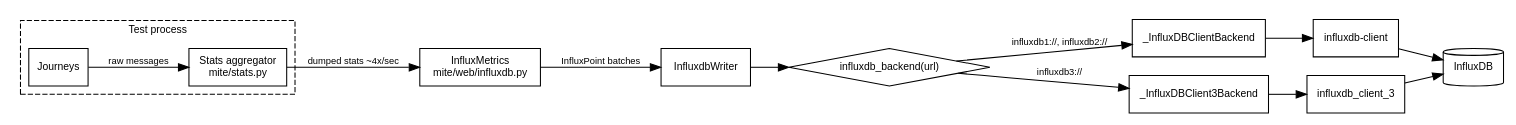
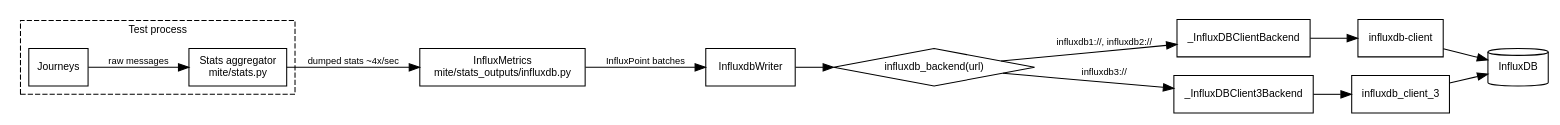
Before and after one commit to sky-uk/mite: the first of 2 diagrams in docs/influxdb.md, drawn with Graphviz. The commit also changed other lines of this file and 13 other files, not shown here.

First line of the commit message:
stats: move the stats outputs into mite.stats_outputs

````diff
--- a/docs/influxdb.md
+++ b/docs/influxdb.md
@@ -103,36 +103,36 @@
 ```{graphviz}
 digraph influxdb_architecture {
     rankdir=LR;
     node [shape=box, fontname="sans-serif", fontsize=10];
     edge [fontname="sans-serif", fontsize=9];
 
     subgraph cluster_test {
         label="Test process";
         fontname="sans-serif";
         fontsize=10;
         style=dashed;
         J [label="Journeys"];
         S [label="Stats aggregator\nmite/stats.py"];
         J -> S [label="raw messages"];
     }
 
-    IM [label="InfluxMetrics\nmite/web/influxdb.py"];
+    IM [label="InfluxMetrics\nmite/stats_outputs/influxdb.py"];
     W  [label="InfluxdbWriter"];
     B  [label="influxdb_backend(url)", shape=diamond];
     B1 [label="_InfluxDBClientBackend"];
     B3 [label="_InfluxDBClient3Backend"];
     C1 [label="influxdb-client"];
     C2 [label="influxdb_client_3"];
     DB [label="InfluxDB", shape=cylinder];
 
     S  -> IM [label="dumped stats ~4x/sec"];
     IM -> W  [label="InfluxPoint batches"];
     W  -> B;
     B  -> B1 [label="influxdb1://, influxdb2://"];
     B  -> B3 [label="influxdb3://"];
     B1 -> C1;
     B3 -> C2;
     C1 -> DB;
     C2 -> DB;
 }
 ```
````
